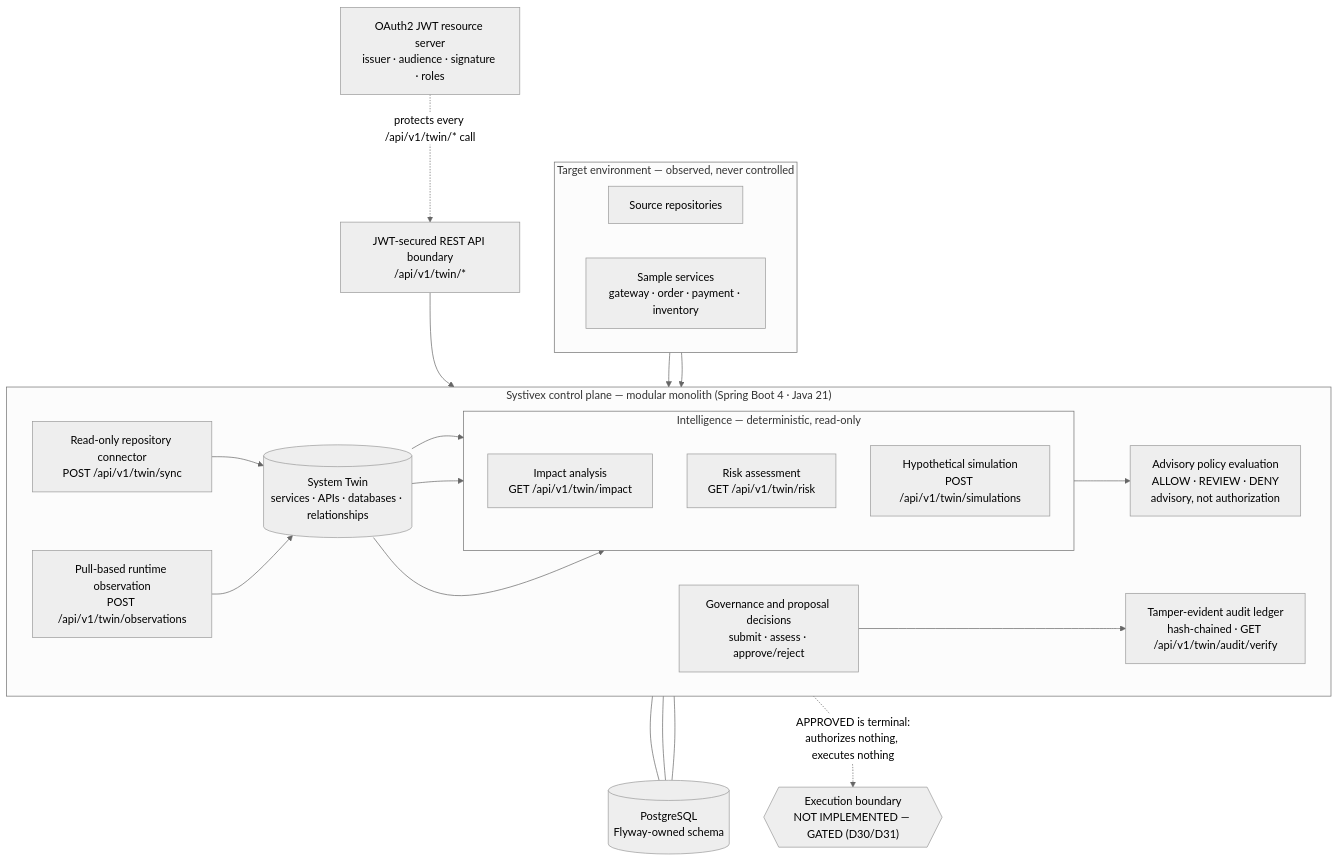
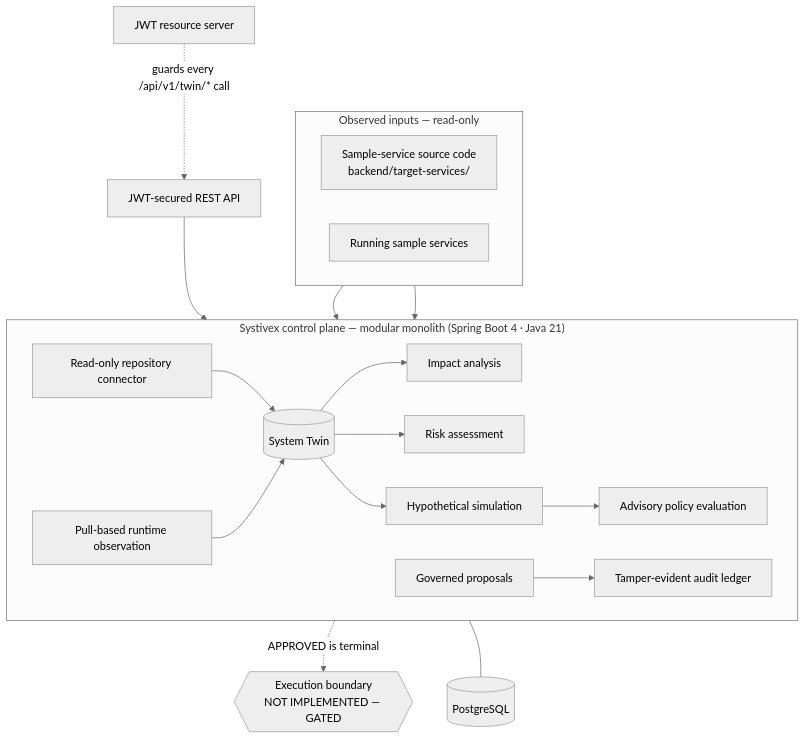
One commit to debashis-behera-java/systivex changed the diagram in README.md. Above: the diagram before and after it, drawn with Mermaid (neutral theme). The commit also changed other lines of this file, not shown here.

Commit message:
docs: modernize Systivex README

````diff
--- a/README.md
+++ b/README.md
@@ -26,46 +59,31 @@
 ```mermaid
 flowchart TB
-    subgraph TARGET["Target environment — observed, never controlled"]
+    subgraph OBS["Observed inputs — read-only"]
         direction LR
-        SRC["Source repositories"]
-        SVC["Sample services<br/>gateway · order · payment · inventory"]
+        SRC["Sample-service source code<br/>backend/target-services/"]
+        SVC["Running sample services"]
     end
-
-    AUTH["OAuth2 JWT resource server<br/>issuer · audience · signature · roles"]
-    API["JWT-secured REST API boundary<br/>/api/v1/twin/*"]
-
-    subgraph PLANE["Systivex control plane — modular monolith (Spring Boot 4 · Java 21)"]
+    subgraph CORE["Systivex control plane — modular monolith (Spring Boot 4 · Java 21)"]
         direction LR
-        CONNECTOR["Read-only repository connector<br/>POST /api/v1/twin/sync"]
-        OBSERVE["Pull-based runtime observation<br/>POST /api/v1/twin/observations"]
-        TWIN[("System Twin<br/>services · APIs · databases · relationships")]
-
-        subgraph INTEL["Intelligence — deterministic, read-only"]
-            direction TB
-            IMPACT["Impact analysis<br/>GET /api/v1/twin/impact"]
-            RISK["Risk assessment<br/>GET /api/v1/twin/risk"]
-            SIM["Hypothetical simulation<br/>POST /api/v1/twin/simulations"]
-        end
-
-        POLICY["Advisory policy evaluation<br/>ALLOW · REVIEW · DENY<br/>advisory, not authorization"]
-        GOV["Governance and proposal decisions<br/>submit · assess · approve/reject"]
-        AUDIT["Tamper-evident audit ledger<br/>hash-chained · GET /api/v1/twin/audit/verify"]
+        CONN["Read-only repository connector"]
+        OBSERVE["Pull-based runtime observation"]
+        TWIN[("System Twin")]
+        IMPACT["Impact analysis"]
+        RISK["Risk assessment"]
+        SIM["Hypothetical simulation"]
+        POLICY["Advisory policy evaluation"]
+        GOV["Governed proposals"]
+        AUDIT["Tamper-evident audit ledger"]
     end
-
-    DB[("PostgreSQL<br/>Flyway-owned schema")]
-    EXECUTION{{"Execution boundary<br/>NOT IMPLEMENTED — GATED (D30/D31)"}}
-
-    SRC --> CONNECTOR --> TWIN
+    SRC --> CONN --> TWIN
     SVC --> OBSERVE --> TWIN
-    AUTH -. "protects every /api/v1/twin/* call" .-> API
-    API --> PLANE
+    AUTH["JWT resource server"] -. "guards every /api/v1/twin/* call" .-> API["JWT-secured REST API"]
+    API --> CORE
     TWIN --> IMPACT
     TWIN --> RISK
     TWIN --> SIM
     SIM --> POLICY
     GOV --> AUDIT
-    TWIN --- DB
-    GOV --- DB
-    AUDIT --- DB
-    GOV -. "APPROVED is terminal:<br/>authorizes nothing, executes nothing" .-> EXECUTION
+    CORE --- DB[("PostgreSQL")]
+    GOV -. "APPROVED is terminal" .-> EXECUTION{{"Execution boundary<br/>NOT IMPLEMENTED — GATED"}}
 ```
````
